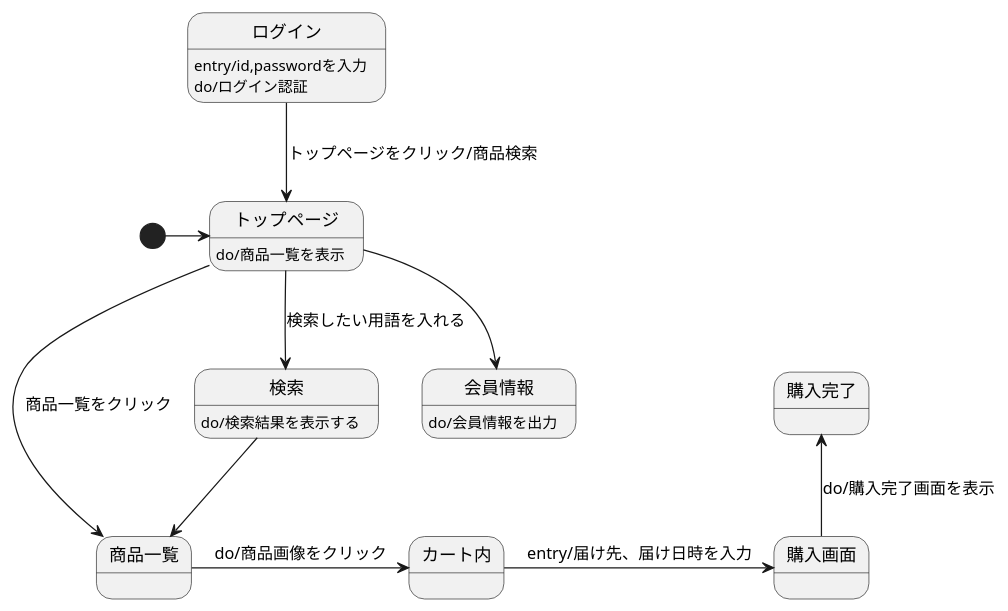
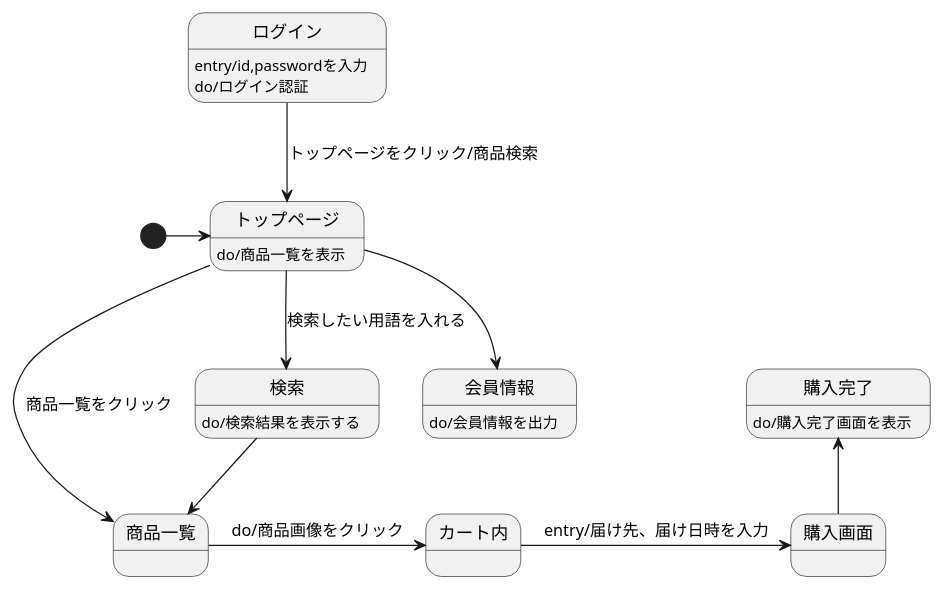
One commit to Aso2001224/2021sys-design changed the diagram in 画面遷移図(original).md. Above: the diagram before and after it, drawn with PlantUML.

````diff
--- a/画面遷移図(original).md
+++ b/画面遷移図(original).md
@@ -1,18 +1,19 @@
 ```uml
 @startuml
 [*]->トップページ
 トップページ:do/商品一覧を表示
 ログイン-->トップページ:トップページをクリック/商品検索
 ログイン:entry/id,passwordを入力
 ログイン:do/ログイン認証
 トップページ-->会員情報
 会員情報:do/会員情報を出力
 トップページ-->検索 :検索したい用語を入れる
 検索:do/検索結果を表示する
 トップページ-->商品一覧 :商品一覧をクリック
 検索-->商品一覧
 商品一覧-right->カート内: do/商品画像をクリック
 カート内-right-> 購入画面:entry/届け先、届け日時を入力
-購入画面-up->購入完了:do/購入完了画面を表示
+購入画面-up->購入完了
+購入完了:do/購入完了画面を表示
 @enduml
 ```
````
